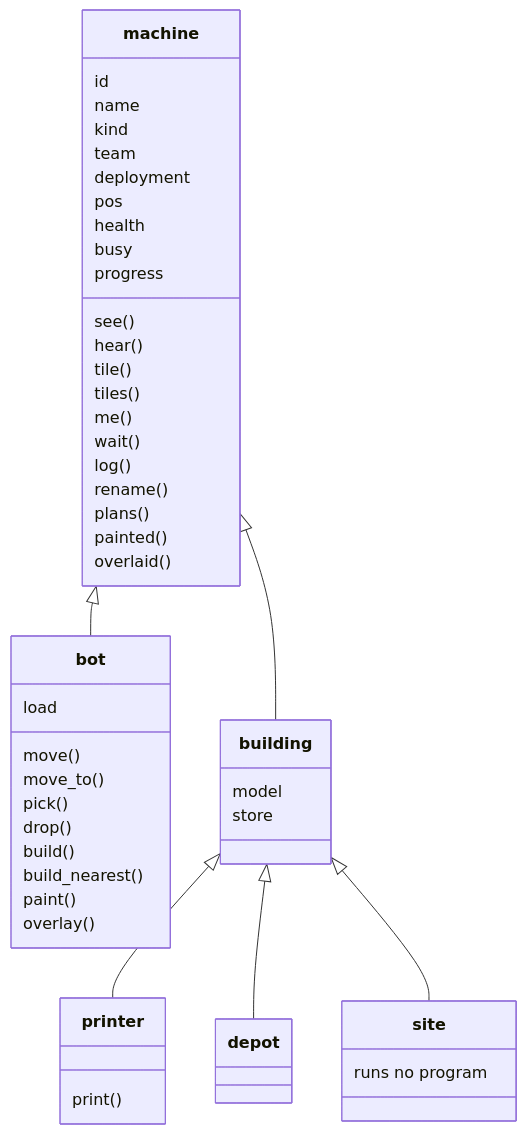
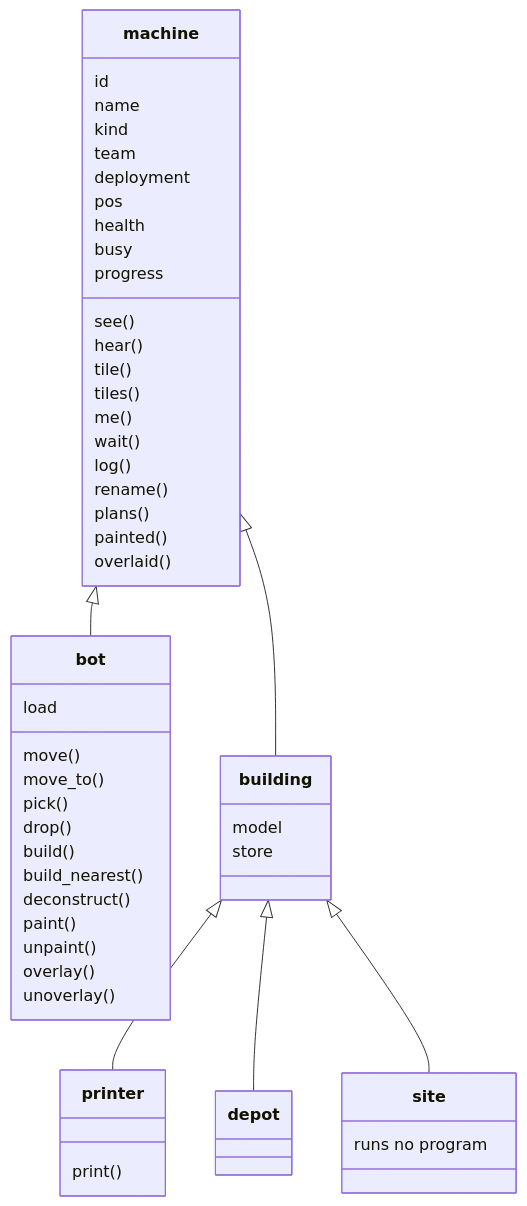
Before and after one commit to mmmtastymmm/programming-game-planned-2: the diagram in docs/02-machines.md, drawn with Mermaid. The commit also changed other lines of this file and 8 other files, not shown here.

````diff
--- a/docs/02-machines.md
+++ b/docs/02-machines.md
@@ -148,52 +148,55 @@
 ```mermaid
 classDiagram
   class machine {
     id
     name
     kind
     team
     deployment
     pos
     health
     busy
     progress
     see()
     hear()
     tile()
     tiles()
     me()
     wait()
     log()
     rename()
     plans()
     painted()
     overlaid()
   }
   class bot {
     load
     move()
     move_to()
     pick()
     drop()
     build()
     build_nearest()
+    deconstruct()
     paint()
+    unpaint()
     overlay()
+    unoverlay()
   }
   class building {
     model
     store
   }
   class printer {
     print()
   }
   class depot
   class site {
     runs no program
   }
   machine <|-- bot
   machine <|-- building
   building <|-- printer
   building <|-- depot
   building <|-- site
 ```
````
